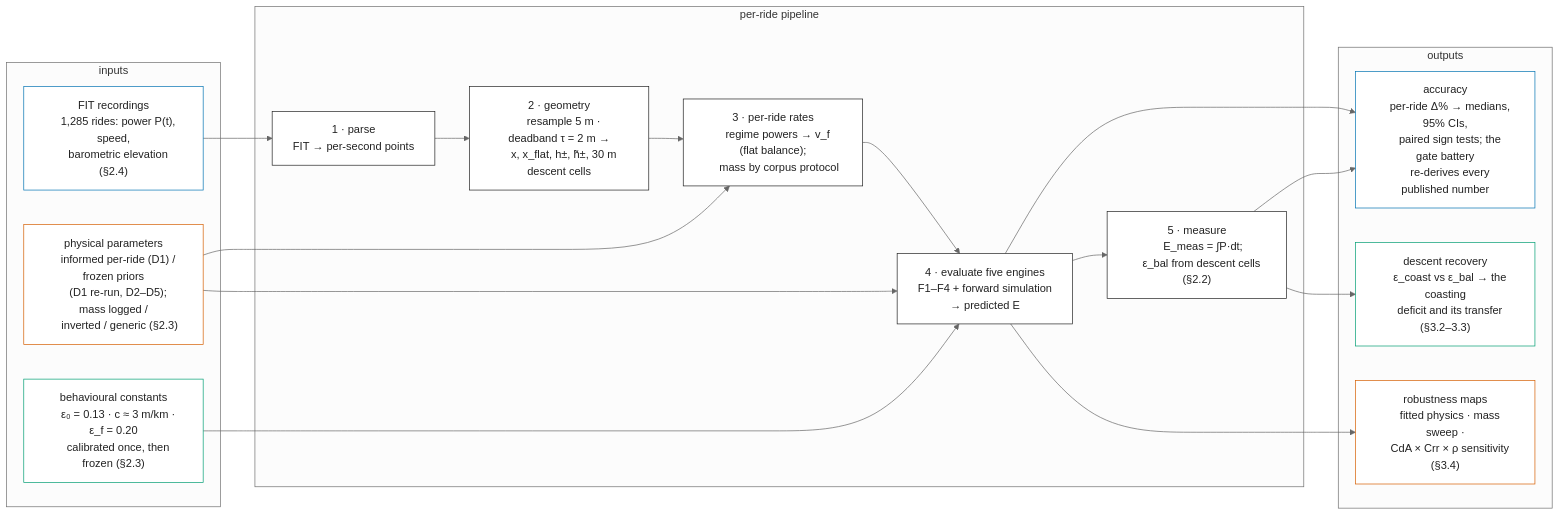
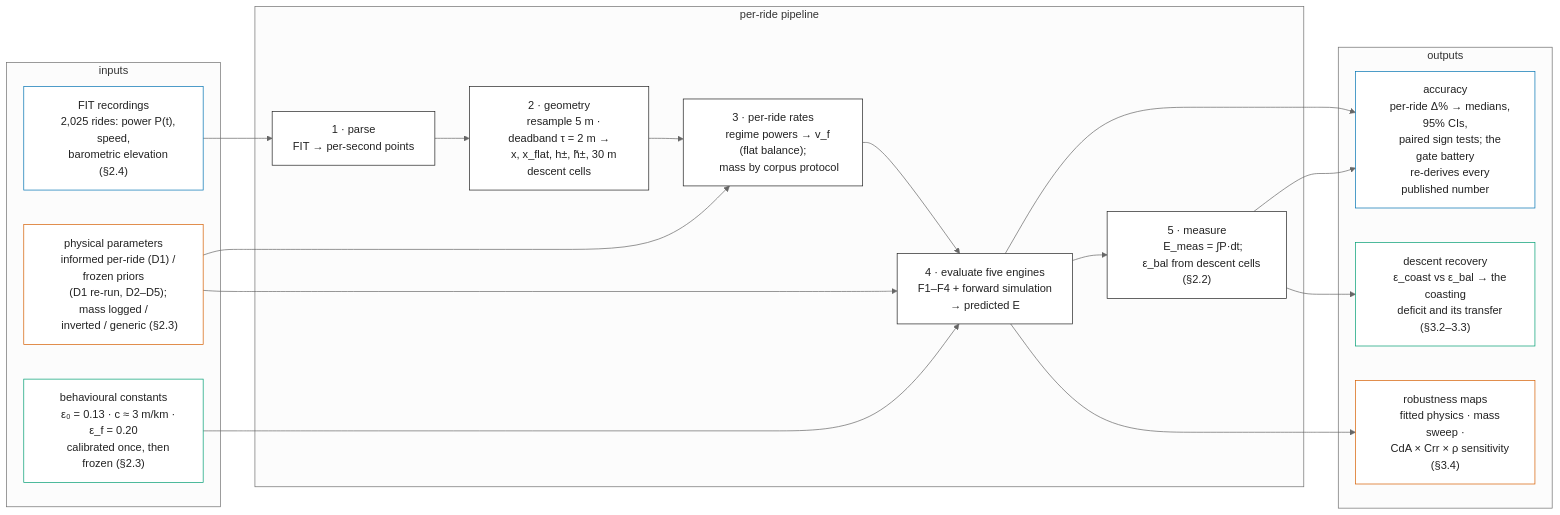
The first of 2 diagrams in research/article/paper1-closed-form.md (danlessa/bicycling-energy-model), drawn with Mermaid (neutral theme) before and after one commit. The commit also changed other lines of this file and 1 other file, not shown here.

````diff
--- a/research/article/paper1-closed-form.md
+++ b/research/article/paper1-closed-form.md
@@ -200,60 +200,60 @@
 ```mermaid
 flowchart LR
   subgraph IN["inputs"]
     A["FIT recordings
-    1,285 rides: power P(t), speed,
+    2,025 rides: power P(t), speed,
     barometric elevation (§2.4)"]
     B["physical parameters
     informed per-ride (D1) / frozen priors
     (D1 re-run, D2–D5); mass logged /
     inverted / generic (§2.3)"]
     C["behavioural constants
     ε₀ = 0.13 · c ≈ 3 m/km · ε_f = 0.20
     calibrated once, then frozen (§2.3)"]
   end
   subgraph PIPE["per-ride pipeline"]
     P1["1 · parse
     FIT → per-second points"]
     P2["2 · geometry
     resample 5 m · deadband τ = 2 m →
     x, x_flat, h±, h̃±, 30 m descent cells"]
     P3["3 · per-ride rates
     regime powers → v_f (flat balance);
     mass by corpus protocol"]
     P4["4 · evaluate five engines
     F1–F4 + forward simulation
     → predicted E"]
     P5["5 · measure
     E_meas = ∫P·dt;
     ε_bal from descent cells (§2.2)"]
     P1 --> P2 --> P3 --> P4 --> P5
   end
   subgraph OUT["outputs"]
     O1["accuracy
     per-ride Δ% → medians, 95% CIs,
     paired sign tests; the gate battery
     re-derives every published number"]
     O2["descent recovery
     ε_coast vs ε_bal → the coasting
     deficit and its transfer (§3.2–3.3)"]
     O3["robustness maps
     fitted physics · mass sweep ·
     CdA × Crr × ρ sensitivity (§3.4)"]
   end
   A --> P1
   B --> P3
   B --> P4
   C --> P4
   P4 --> O1
   P5 --> O1
   P5 --> O2
   P4 --> O3
   classDef blue stroke:#0072B2,fill:#fff,color:#222
   classDef verm stroke:#D55E00,fill:#fff,color:#222
   classDef green stroke:#009E73,fill:#fff,color:#222
   classDef ink stroke:#222222,fill:#fff,color:#222
   class A,O1 blue
   class B,O3 verm
   class C,O2 green
   class P1,P2,P3,P4,P5 ink
 ```
````
